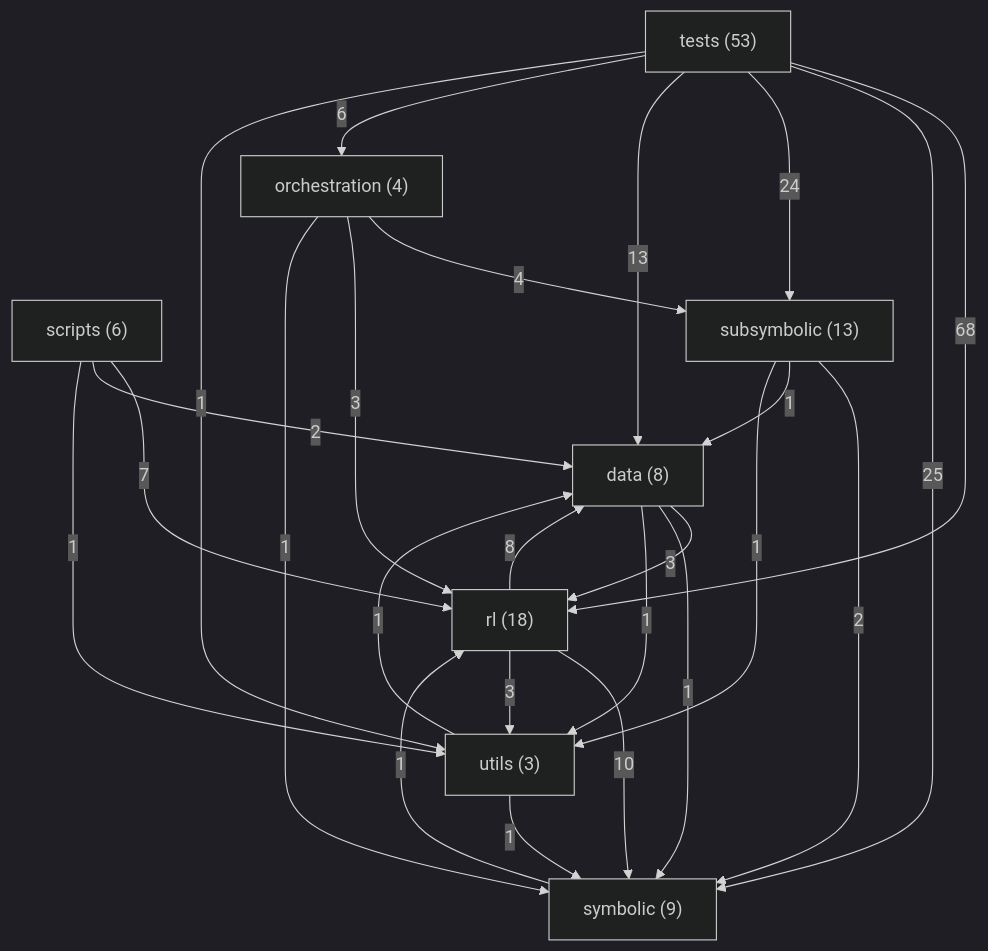
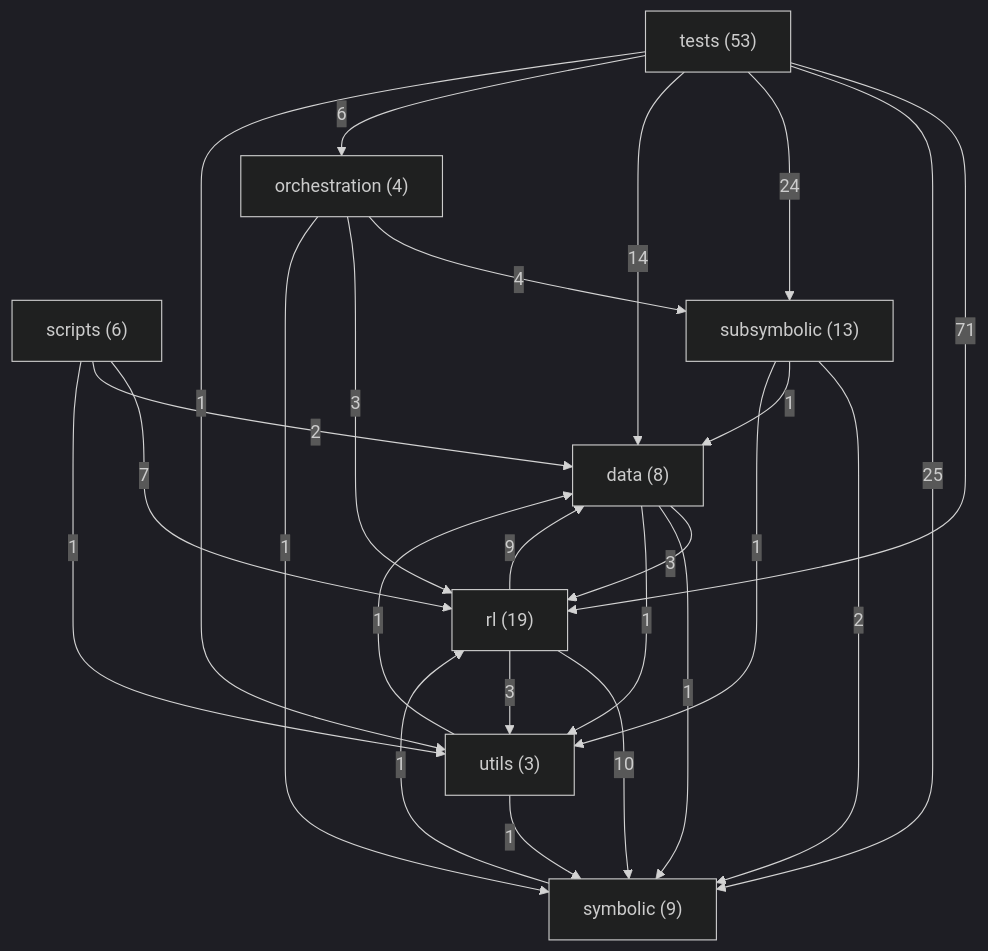
One commit to danrd/ARC-AGI changed the diagram in ARCHITECTURE.md. Above: the diagram before and after it, drawn with Mermaid (dark theme). The commit also changed other lines of this file and 9 other files, not shown here.

````diff
--- a/ARCHITECTURE.md
+++ b/ARCHITECTURE.md
@@ -127,35 +127,35 @@
 ```mermaid
 graph TD
   data["data (8)"]
   orchestration["orchestration (4)"]
-  rl["rl (18)"]
+  rl["rl (19)"]
   scripts["scripts (6)"]
   subsymbolic["subsymbolic (13)"]
   symbolic["symbolic (9)"]
   tests["tests (53)"]
   utils["utils (3)"]
-  tests -->|68| rl
+  tests -->|71| rl
   tests -->|25| symbolic
   tests -->|24| subsymbolic
-  tests -->|13| data
+  tests -->|14| data
   rl -->|10| symbolic
-  rl -->|8| data
+  rl -->|9| data
   scripts -->|7| rl
   tests -->|6| orchestration
   orchestration -->|4| subsymbolic
   data -->|3| rl
   orchestration -->|3| rl
   rl -->|3| utils
   scripts -->|2| data
   subsymbolic -->|2| symbolic
   data -->|1| symbolic
   data -->|1| utils
   orchestration -->|1| symbolic
   scripts -->|1| utils
   subsymbolic -->|1| data
   subsymbolic -->|1| utils
   symbolic -->|1| rl
   tests -->|1| utils
   utils -->|1| data
   utils -->|1| symbolic
 ```
````
